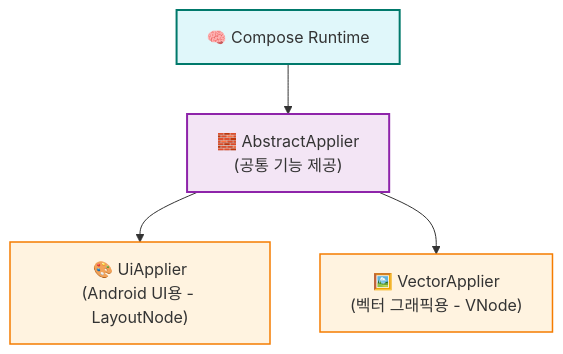
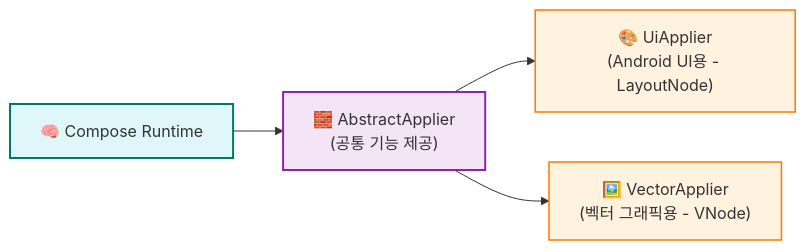
Before and after one commit to eunice-hong/garden: the second of 6 diagrams in content/Notes/Summary/Reading/Jetpack Compose Internals/Compose UI - Measuring in Compose UI.md, drawn with Mermaid. The commit also changed other lines of this file and 1 other file, not shown here.

````diff
--- a/content/Notes/Summary/Reading/Jetpack Compose Internals/Compose UI - Measuring in Compose UI.md
+++ b/content/Notes/Summary/Reading/Jetpack Compose Internals/Compose UI - Measuring in Compose UI.md
@@ -34,19 +34,19 @@
 ```mermaid
-graph TD
+graph LR
   Runtime["🧠 Compose Runtime"]
   AbstractApplier["🧱 AbstractApplier<br>(공통 기능 제공)"]
   UiApplier["🎨 UiApplier<br>(Android UI용 - LayoutNode)"]
   VectorApplier["🖼️ VectorApplier<br>(벡터 그래픽용 - VNode)"]
 
   Runtime --> AbstractApplier
   AbstractApplier --> UiApplier
   AbstractApplier --> VectorApplier
 
   classDef runtime fill:#E0F7FA,stroke:#00796B,stroke-width:2px
   classDef abstract fill:#F3E5F5,stroke:#8E24AA,stroke-width:2px
   classDef impl fill:#FFF3E0,stroke:#F57C00,stroke-width:1.5px
 
   class Runtime runtime
   class AbstractApplier abstract
   class UiApplier,VectorApplier impl
 ```
````
